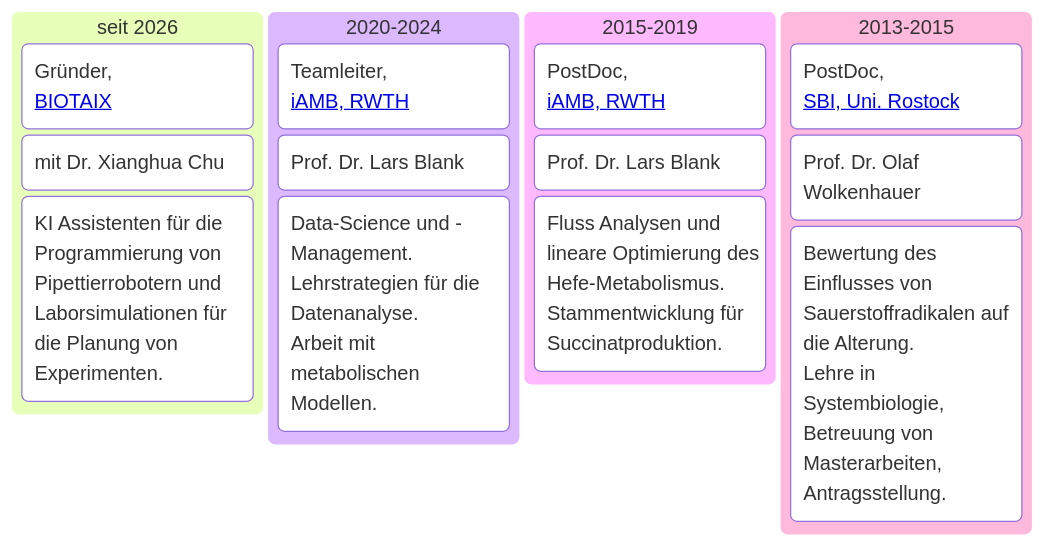
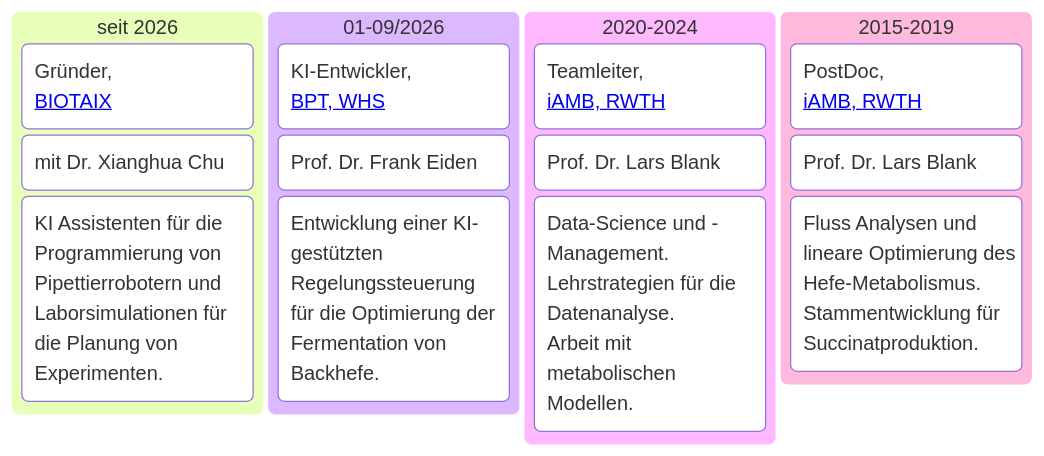
One commit to uliebal/uliebal.github.io changed the first of 2 diagrams in _pages/vita.md. Above: the diagram before and after it, drawn with Mermaid.

Commit message:
add WHS in vita

```diff
--- a/_pages/vita.md
+++ b/_pages/vita.md
@@ -116,19 +116,19 @@
 <pre class="mermaid">
 kanban
     BIOTAIX["seit 2026"]
         task1["Gründer,<br><a href="https://www.biotaix.com/">BIOTAIX</a>"]
         task2["mit Dr. Xianghua Chu"]
         task3["KI Assistenten für die Programmierung von Pipettierrobotern und Laborsimulationen für die Planung von Experimenten."]
+    WHS["01-09/2026"]
+        task1["KI-Entwickler,<br><a href="http://www.apz-rl.de/BioProzessTechnik/">BPT, WHS</a>"]
+        task2["Prof. Dr. Frank Eiden"]
+        task3["Entwicklung einer KI-gestützten Regelungssteuerung für die Optimierung der Fermentation von Backhefe."]
     RWTH2["2020-2024"]
         task1["Teamleiter,<br><a href="https://www.iamb.rwth-aachen.de/">iAMB, RWTH</a>"]
         task2["Prof. Dr. Lars Blank"]
         task3["Data-Science und -Management.<br>Lehrstrategien für die Datenanalyse.<br>Arbeit mit metabolischen Modellen."]
     RWTH1["2015-2019"]
         task1["PostDoc,<br><a href="https://www.iamb.rwth-aachen.de/">iAMB, RWTH</a>"]
         task2["Prof. Dr. Lars Blank"]
         task3["Fluss Analysen und lineare Optimierung des Hefe-Metabolismus.<br>Stammentwicklung für Succinatproduktion."]
-    SBI2["2013-2015"]
-        task1["PostDoc,<br><a href="https://www.sbi.uni-rostock.de/">SBI, Uni. Rostock</a>"]
-        task2["Prof. Dr. Olaf Wolkenhauer"]
-        task3["Bewertung des Einflusses von Sauerstoffradikalen auf die Alterung.<br>Lehre in Systembiologie, Betreuung von Masterarbeiten, Antragsstellung."]
 </pre>
```
